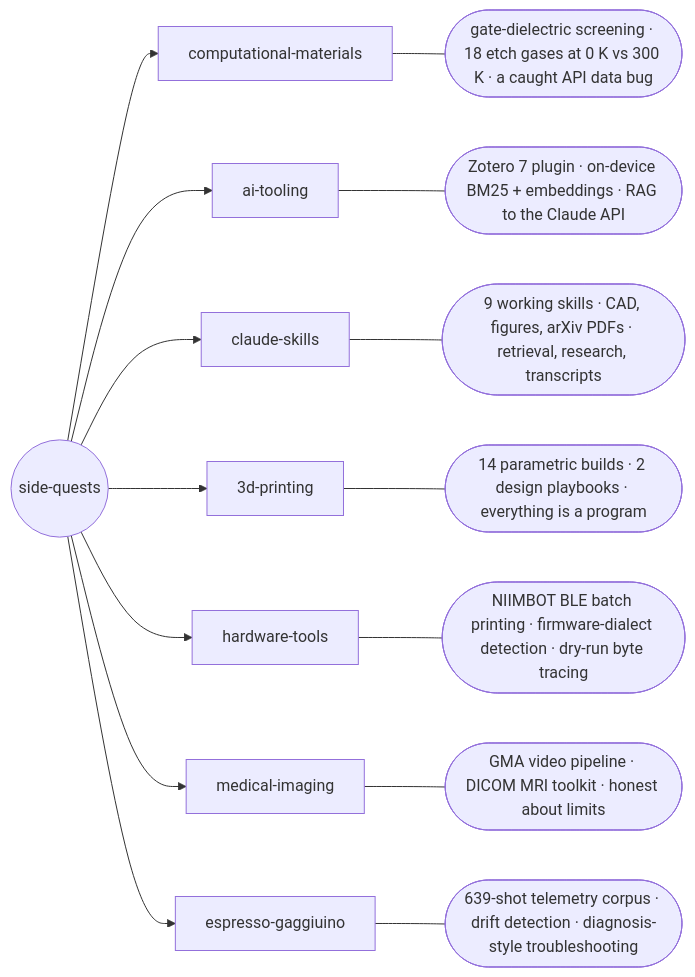
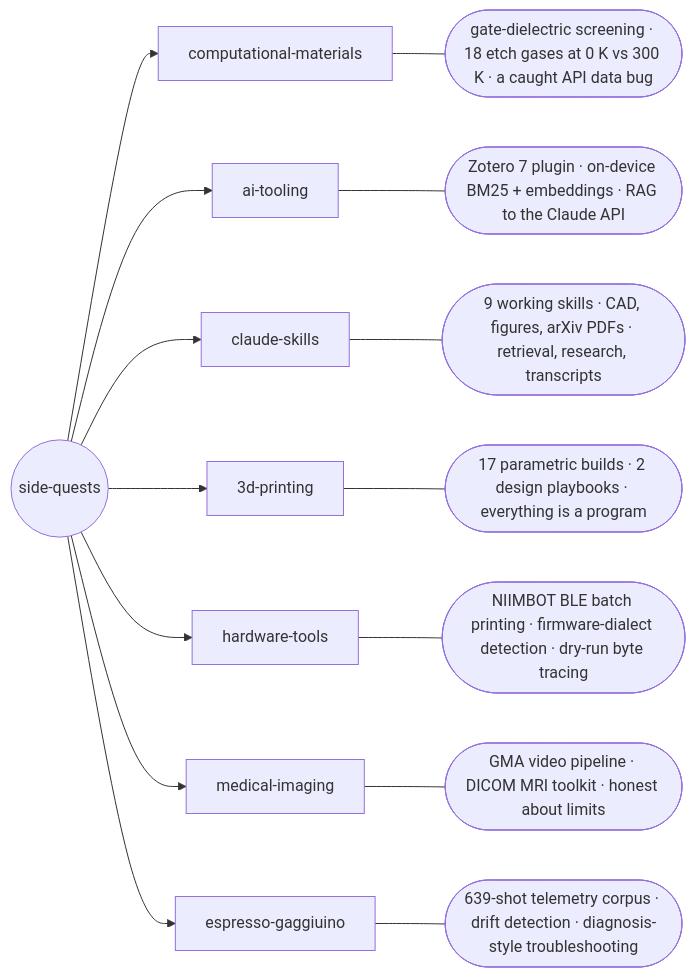
The diagram in README.md (chojay/side-quests), drawn with Mermaid before and after one commit. The commit also changed other lines of this file and 3 other files, not shown here.

````diff
--- a/README.md
+++ b/README.md
@@ -13,17 +13,17 @@
 ```mermaid
 flowchart LR
     SQ((side-quests)) --> CM["computational-materials"]
     CM --- CMd(["gate-dielectric screening · 18 etch gases at 0 K vs 300 K · a caught API data bug"])
     SQ --> AI["ai-tooling"]
     AI --- AId(["Zotero 7 plugin · on-device BM25 + embeddings · RAG to the Claude API"])
     SQ --> SK["claude-skills"]
     SK --- SKd(["9 working skills · CAD, figures, arXiv PDFs · retrieval, research, transcripts"])
     SQ --> PR["3d-printing"]
-    PR --- PRd(["14 parametric builds · 2 design playbooks · everything is a program"])
+    PR --- PRd(["17 parametric builds · 2 design playbooks · everything is a program"])
     SQ --> HW["hardware-tools"]
     HW --- HWd(["NIIMBOT BLE batch printing · firmware-dialect detection · dry-run byte tracing"])
     SQ --> MI["medical-imaging"]
     MI --- MId(["GMA video pipeline · DICOM MRI toolkit · honest about limits"])
     SQ --> ES["espresso-gaggiuino"]
     ES --- ESd(["639-shot telemetry corpus · drift detection · diagnosis-style troubleshooting"])
 ```
````
